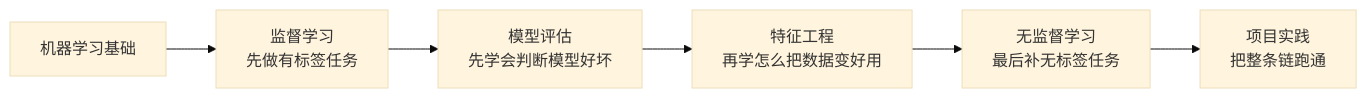
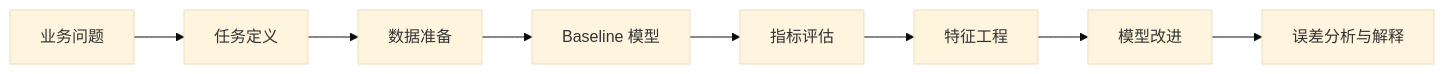
Before and after one commit to oudbiao/AI-fullstack-course: the diagram in docs/stage4/index.md, drawn with Mermaid (base theme). The commit also changed other lines of this file and 95 other files, not shown here.

````diff
--- a/docs/stage4/index.md
+++ b/docs/stage4/index.md
@@ -90,8 +25,10 @@
 ```mermaid
 flowchart LR
-    A["机器学习基础"] --> B["监督学习<br/>先做有标签任务"]
-    B --> C["模型评估<br/>先学会判断模型好坏"]
-    C --> D["特征工程<br/>再学怎么把数据变好用"]
-    D --> E["无监督学习<br/>最后补无标签任务"]
-    E --> F["项目实践<br/>把整条链跑通"]
+  A[业务问题] --> B[任务定义]
+  B --> C[数据准备]
+  C --> D[Baseline 模型]
+  D --> E[指标评估]
+  E --> F[特征工程]
+  F --> G[模型改进]
+  G --> H[误差分析与解释]
 ```
````
